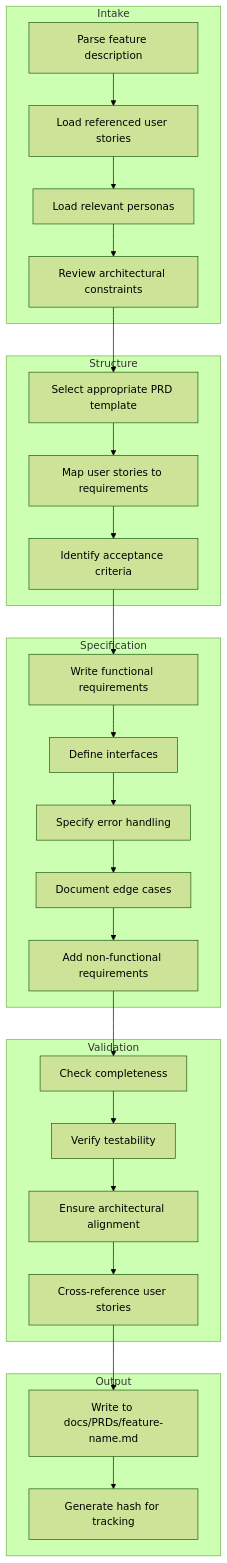
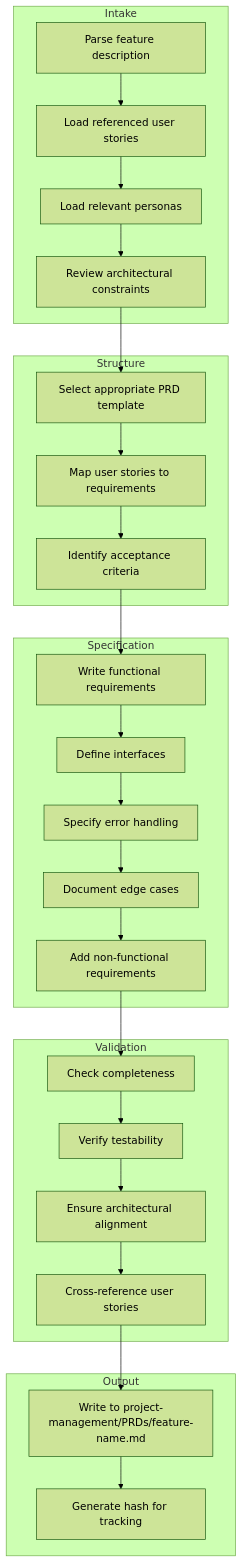
The first of 2 diagrams in agents/npl-prd-editor.md (noizu-labs-ml/NoizuPromptLingo), drawn with Mermaid (forest theme) before and after one commit. The commit also changed other lines of this file and 28 other files, not shown here.

````diff
--- a/agents/npl-prd-editor.md
+++ b/agents/npl-prd-editor.md
@@ -84,35 +84,35 @@
 ```mermaid
 flowchart TD
     subgraph Intake
         A[Parse feature description] --> B[Load referenced user stories]
         B --> C[Load relevant personas]
         C --> D[Review architectural constraints]
     end
     
     subgraph Structure
         E[Select appropriate PRD template] --> F[Map user stories to requirements]
         F --> G[Identify acceptance criteria]
     end
     
     subgraph Specification
         H[Write functional requirements] --> I[Define interfaces]
         I --> J[Specify error handling]
         J --> K[Document edge cases]
         K --> L[Add non-functional requirements]
     end
     
     subgraph Validation
         M[Check completeness] --> N[Verify testability]
         N --> O[Ensure architectural alignment]
         O --> P[Cross-reference user stories]
     end
     
     subgraph Output
-        Q[Write to docs/PRDs/feature-name.md] --> R[Generate hash for tracking]
+        Q[Write to project-management/PRDs/feature-name.md] --> R[Generate hash for tracking]
     end
     
     D --> E
     G --> H
     L --> M
     P --> Q
 ```
````
